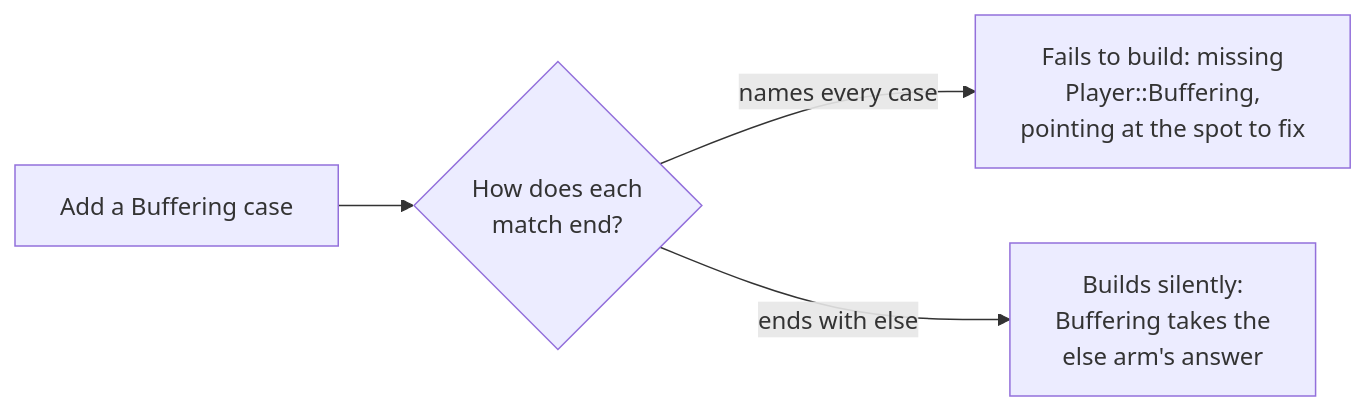
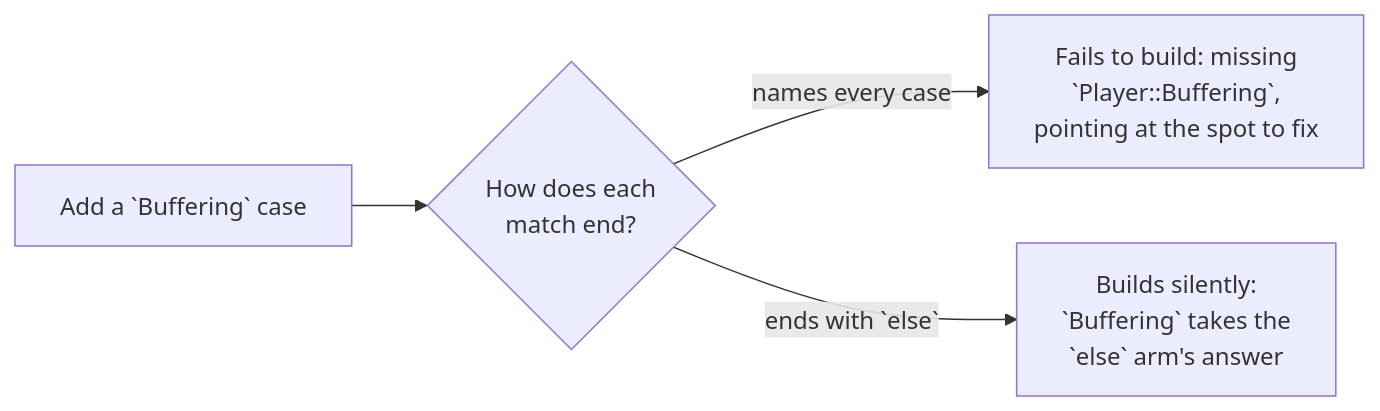
The diagram in content/docs/1.learn/07.patterns/06.exhaustive.md (rux-lang/Web), drawn with Mermaid before and after one commit. The commit also changed 187 other files, not shown here.

First line of the commit message:
Draw the Learn diagrams for phones, with code in the mono face

````diff
--- a/content/docs/1.learn/07.patterns/06.exhaustive.md
+++ b/content/docs/1.learn/07.patterns/06.exhaustive.md
@@ -54,6 +54,6 @@
 ```mermaid
 flowchart LR
-    add["Add a Buffering case"] --> q{"How does each<br/>match end?"}
-    q -- "names every case" --> err["Fails to build: missing<br/>Player::Buffering,<br/>pointing at the spot to fix"]
-    q -- "ends with else" --> quiet["Builds silently:<br/>Buffering takes the<br/>else arm's answer"]
+    add["Add a `Buffering` case"] --> q{"How does each<br/>match end?"}
+    q -- "names every case" --> err["Fails to build: missing<br/>`Player::Buffering`,<br/>pointing at the spot to fix"]
+    q -- "ends with `else`" --> quiet["Builds silently:<br/>`Buffering` takes the<br/>`else` arm's answer"]
 ```
````
